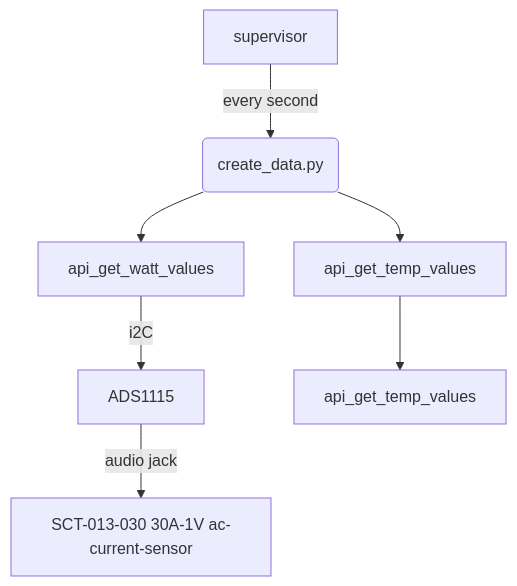
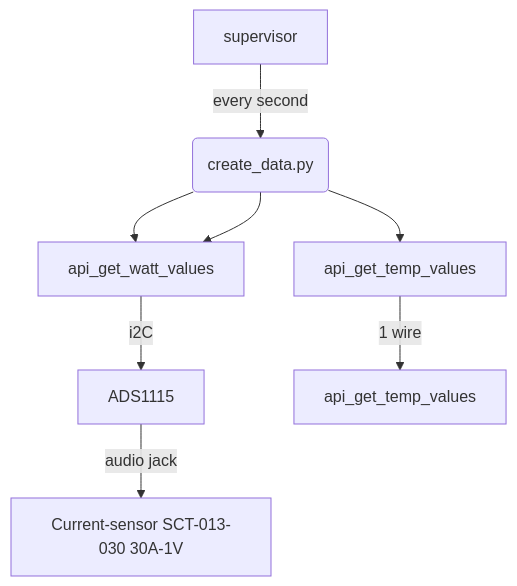
One commit to cheperboy/wiki changed the diagram in software.md. Above: the diagram before and after it, drawn with Mermaid. The commit also changed other lines of this file, not shown here.

Commit message:
software.md updated from https://stackedit.io/

````diff
--- a/software.md
+++ b/software.md
@@ -34,11 +34,12 @@
 ```mermaid
 graph TD
 A[supervisor] -->|every second| B(create_data.py)
 B --> C[api_get_watt_values]
+B --> C[api_get_watt_values]
 C --> |i2C| D[ADS1115]
-D --> |audio jack| E[SCT-013-030 30A-1V ac-current-sensor]
+D --> |audio jack| E[Current-sensor SCT-013-030 30A-1V]
 B --> G[api_get_temp_values]
-G --> H[api_get_temp_values]
+G --> |1 wire| H[api_get_temp_values]
 
 
 ```
````
